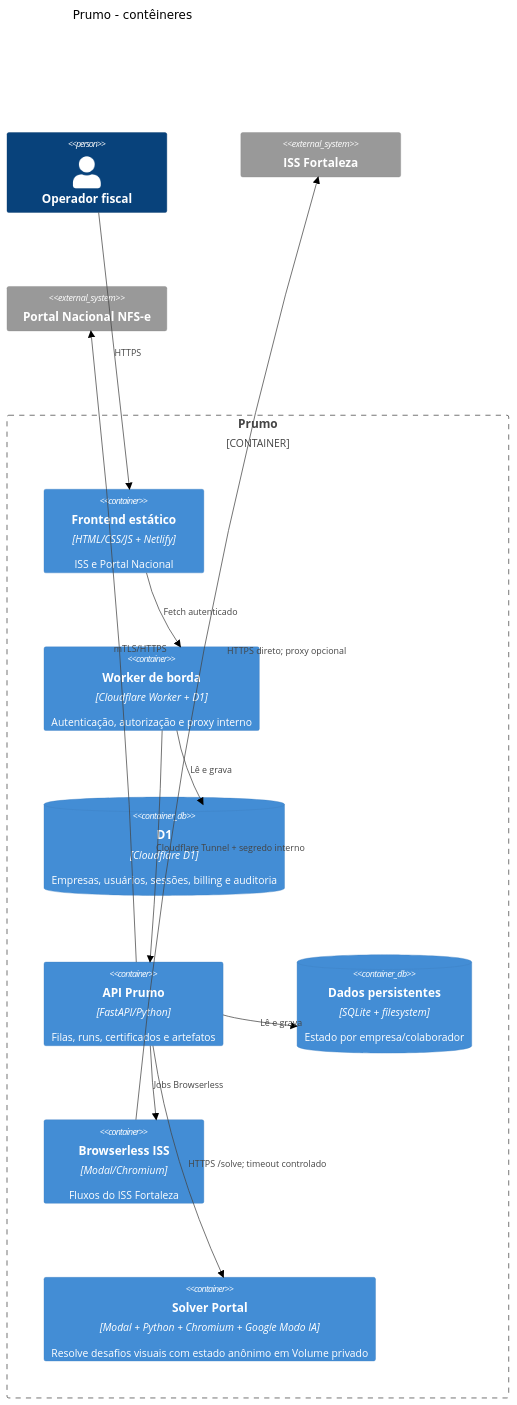
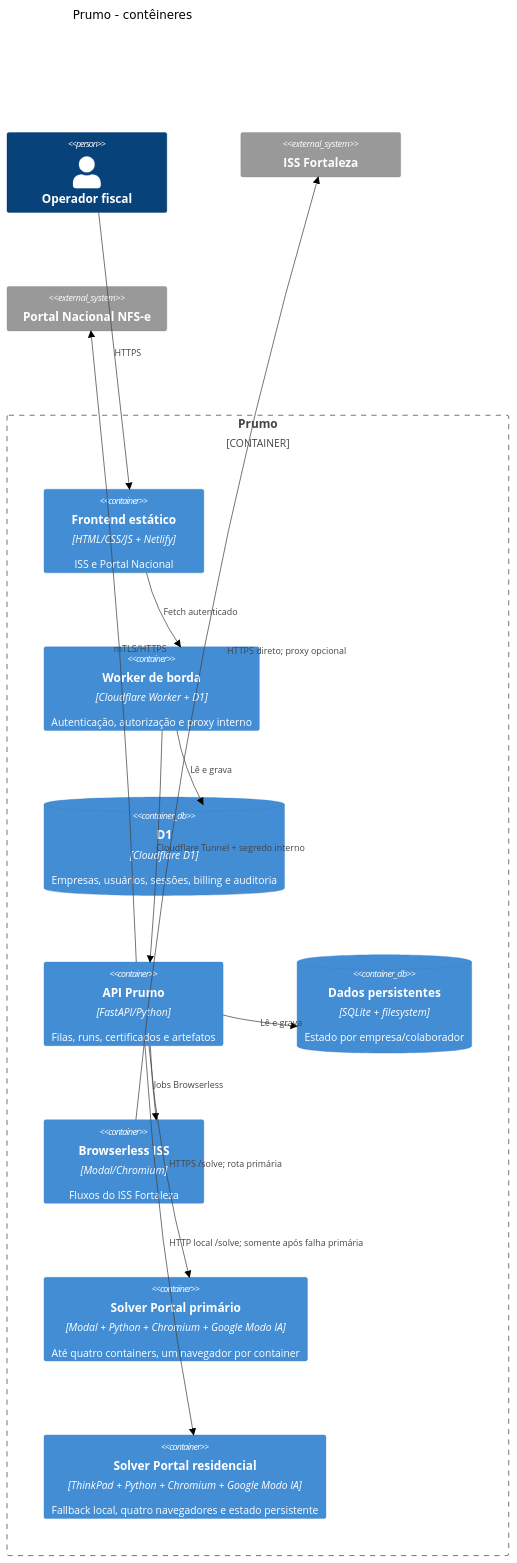
One commit to prumosistemas/app changed the second of 3 diagrams in docs/C4.md. Above: the diagram before and after it, drawn with Mermaid (neutral theme). The commit also changed other lines of this file and 14 other files, not shown here.

Commit message:
Torna Portal resiliente com fallback residencial

````diff
--- a/docs/C4.md
+++ b/docs/C4.md
@@ -23,25 +23,27 @@
 ```mermaid
 C4Container
   title Prumo - contêineres
   Person(operador, "Operador fiscal")
   Container_Boundary(prumo, "Prumo") {
     Container(ui, "Frontend estático", "HTML/CSS/JS + Netlify", "ISS e Portal Nacional")
     Container(edge, "Worker de borda", "Cloudflare Worker + D1", "Autenticação, autorização e proxy interno")
     ContainerDb(d1, "D1", "Cloudflare D1", "Empresas, usuários, sessões, billing e auditoria")
     Container(api, "API Prumo", "FastAPI/Python", "Filas, runs, certificados e artefatos")
     ContainerDb(data, "Dados persistentes", "SQLite + filesystem", "Estado por empresa/colaborador")
     Container(browser, "Browserless ISS", "Modal/Chromium", "Fluxos do ISS Fortaleza")
-    Container(solver, "Solver Portal", "Modal + Python + Chromium + Google Modo IA", "Resolve desafios visuais com estado anônimo em Volume privado")
+    Container(solver, "Solver Portal primário", "Modal + Python + Chromium + Google Modo IA", "Até quatro containers, um navegador por container")
+    Container(solverLocal, "Solver Portal residencial", "ThinkPad + Python + Chromium + Google Modo IA", "Fallback local, quatro navegadores e estado persistente")
   }
   System_Ext(iss, "ISS Fortaleza")
   System_Ext(nfse, "Portal Nacional NFS-e")
   Rel(operador, ui, "HTTPS")
   Rel(ui, edge, "Fetch autenticado")
   Rel(edge, d1, "Lê e grava")
   Rel(edge, api, "Cloudflare Tunnel + segredo interno")
   Rel(api, data, "Lê e grava")
   Rel(api, browser, "Jobs Browserless")
   Rel(browser, iss, "HTTPS direto; proxy opcional")
   Rel(api, nfse, "mTLS/HTTPS")
-  Rel(api, solver, "HTTPS /solve; timeout controlado")
+  Rel(api, solver, "HTTPS /solve; rota primária")
+  Rel(api, solverLocal, "HTTP local /solve; somente após falha primária")
 ```
````
